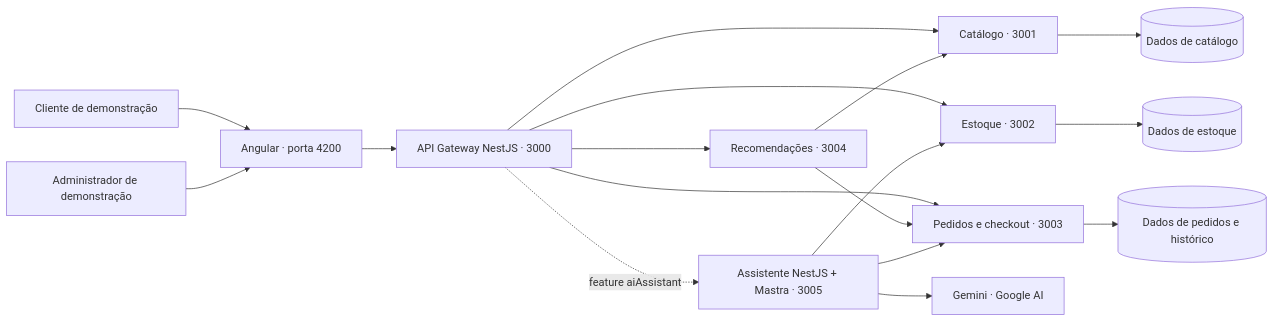
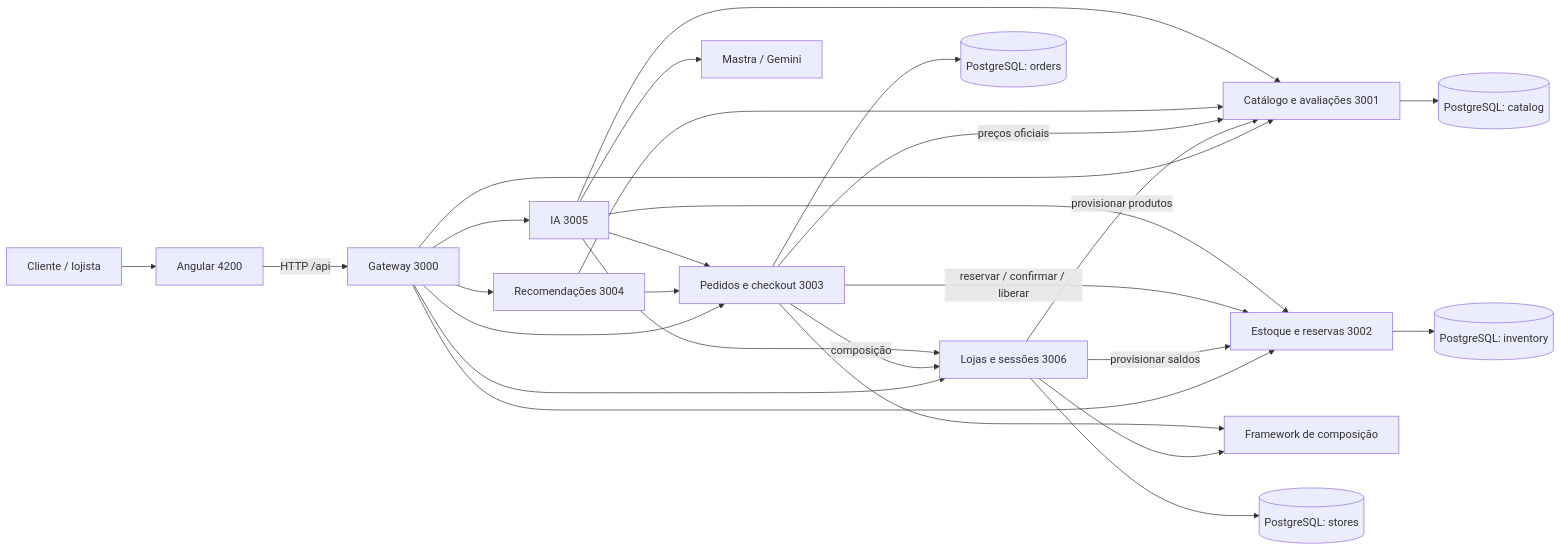
The first of 3 diagrams in docs/arquitetura.md (CaioMascarenhas/gerar-commerce), drawn with Mermaid before and after one commit. The commit also changed other lines of this file and 63 other files, not shown here.

First line of the commit message:
feat: cria lojas dinâmicas com framework e PostgreSQL

````diff
--- a/docs/arquitetura.md
+++ b/docs/arquitetura.md
@@ -13,19 +11,29 @@
 ```mermaid
 flowchart LR
-  C[Cliente de demonstração] --> WEB[Angular · porta 4200]
-  A[Administrador de demonstração] --> WEB
-  WEB --> GW[API Gateway NestJS · 3000]
-  GW --> CAT[Catálogo · 3001]
-  GW --> INV[Estoque · 3002]
-  GW --> ORD[Pedidos e checkout · 3003]
-  GW --> REC[Recomendações · 3004]
-  REC --> CAT
-  REC --> ORD
-  GW -. feature aiAssistant .-> AI[Assistente NestJS + Mastra · 3005]
-  AI --> INV
-  AI --> ORD
-  AI --> GEM[Gemini · Google AI]
-  CAT --> CD[(Dados de catálogo)]
-  INV --> ID[(Dados de estoque)]
-  ORD --> OD[(Dados de pedidos e histórico)]
+  U[Cliente / lojista] --> A[Angular 4200]
+  A -->|HTTP /api| G[Gateway 3000]
+  G --> S[Lojas e sessões 3006]
+  G --> C[Catálogo e avaliações 3001]
+  G --> I[Estoque e reservas 3002]
+  G --> O[Pedidos e checkout 3003]
+  G --> R[Recomendações 3004]
+  G --> AI[IA 3005]
+  S --> F[Framework de composição]
+  S -->|provisionar produtos| C
+  S -->|provisionar saldos| I
+  O -->|preços oficiais| C
+  O -->|composição| S
+  O -->|reservar / confirmar / liberar| I
+  O --> F
+  R --> C
+  R --> O
+  AI --> I
+  AI --> O
+  AI --> C
+  AI --> S
+  AI --> GEM[Mastra / Gemini]
+  S --> SD[(PostgreSQL: stores)]
+  C --> CD[(PostgreSQL: catalog)]
+  I --> ID[(PostgreSQL: inventory)]
+  O --> OD[(PostgreSQL: orders)]
 ```
````
